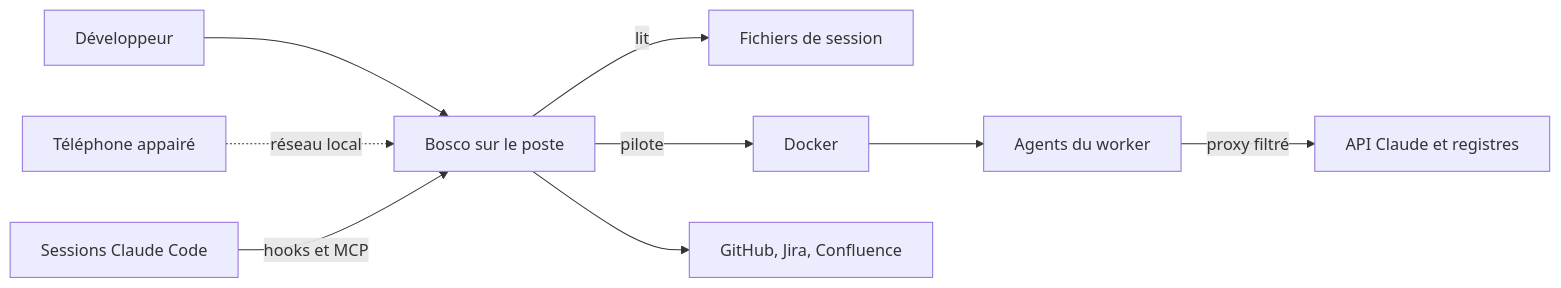
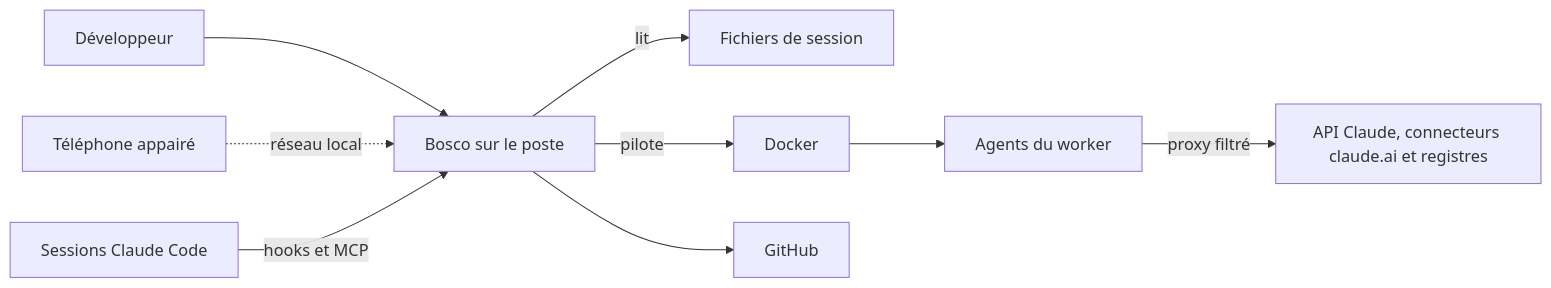
One commit to fpasquet/bosco changed the first of 5 diagrams in docs/requirements/architecture.md. Above: the diagram before and after it, drawn with Mermaid. The commit also changed other lines of this file and 59 other files, not shown here.

First line of the commit message:
feat(tasks): let the worker agents read Jira and Confluence through the claude.ai connector (#42)

````diff
--- a/docs/requirements/architecture.md
+++ b/docs/requirements/architecture.md
@@ -7,11 +7,11 @@
 ```mermaid
 flowchart LR
   U[Développeur] --> W[Bosco sur le poste]
   T[Téléphone appairé] -. réseau local .-> W
   CC[Sessions Claude Code] -- hooks et MCP --> W
   W -- lit --> F[Fichiers de session]
   W -- pilote --> D[Docker]
   D --> A[Agents du worker]
-  W --> G[GitHub, Jira, Confluence]
-  A -- proxy filtré --> C[API Claude et registres]
+  W --> G[GitHub]
+  A -- proxy filtré --> C[API Claude, connecteurs claude.ai et registres]
 ```
````
